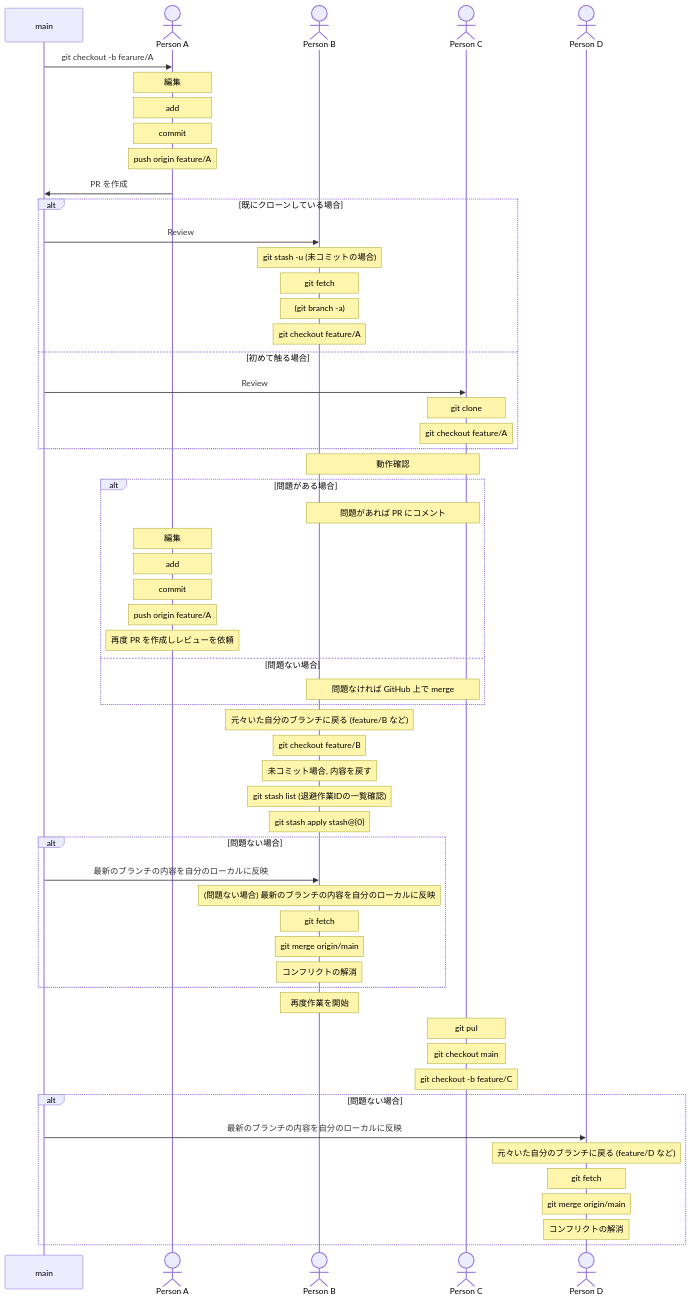
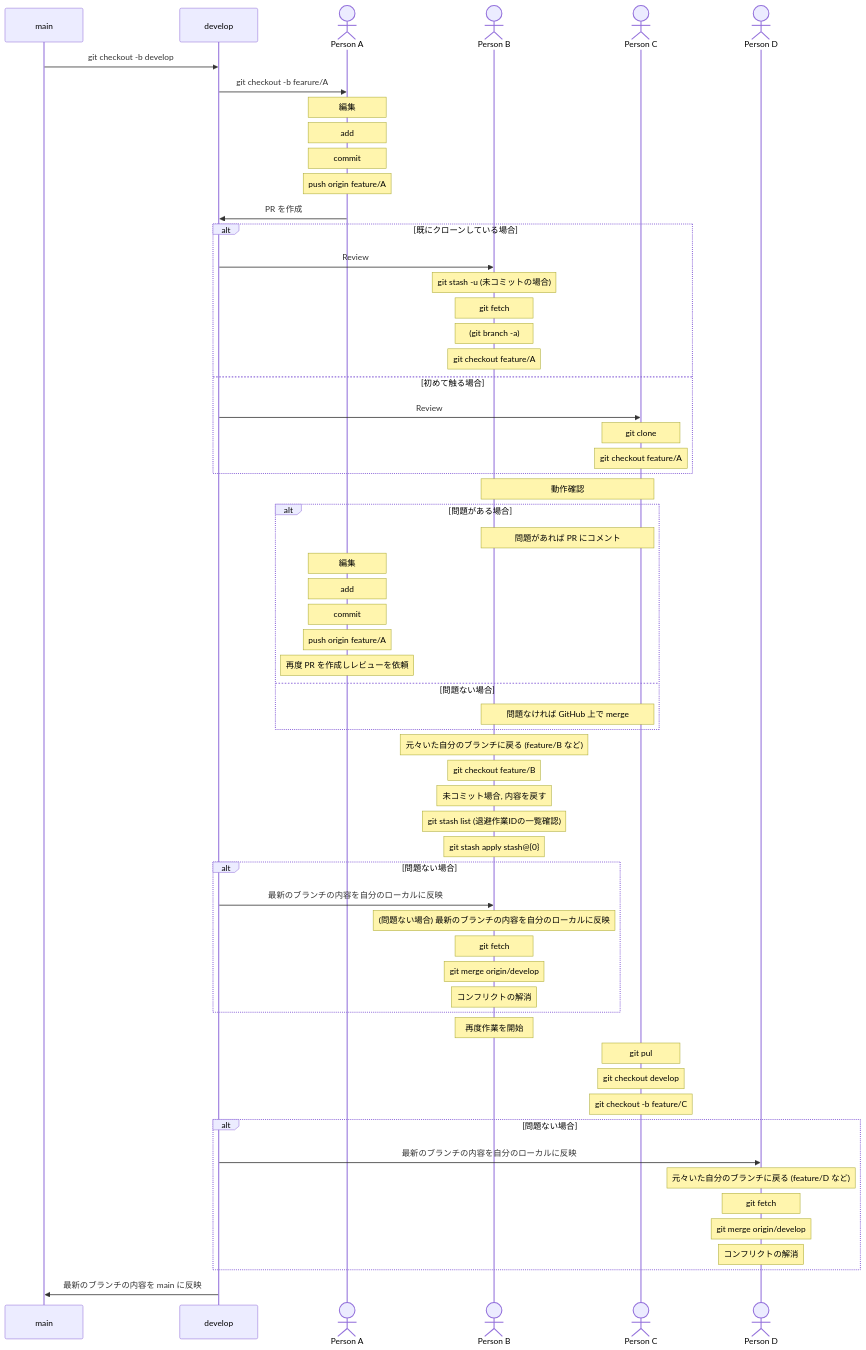
The diagram in github/team.md (nao-ao/TIL), drawn with Mermaid before and after one commit.

Commit message:
チーム開発フローの更新

````diff
--- a/github/team.md
+++ b/github/team.md
@@ -11,71 +11,75 @@
 ```mermaid
 sequenceDiagram
     participant main
+    participant develop
     actor Person A
     actor Person B
     actor Person C
     actor Person D
 
-    main ->> Person A : git checkout -b fearure/A
+    main ->> develop : git checkout -b develop
+    develop ->> Person A : git checkout -b fearure/A
 
     Note over Person A : 編集
     Note over Person A : add
     Note over Person A : commit
     Note over Person A : push origin feature/A
-    Person A ->> main : PR を作成
+    Person A ->> develop : PR を作成
 
 
     alt 既にクローンしている場合
-    main ->> Person B : Review
+    develop ->> Person B : Review
     Note over Person B : git stash -u (未コミットの場合)
     Note over Person B : git fetch
     Note over Person B : (git branch -a)
     Note over Person B : git checkout feature/A
     else 初めて触る場合
-    main ->> Person C : Review
+    develop ->> Person C : Review
     Note over Person C : git clone
     Note over Person C : git checkout feature/A
     end
 
     Note over Person B, Person C : 動作確認
 
     alt 問題がある場合
         Note over Person B, Person C : 問題があれば PR にコメント
         Note over Person A : 編集
         Note over Person A : add
         Note over Person A : commit
         Note over Person A : push origin feature/A
         Note over Person A : 再度 PR を作成しレビューを依頼
     else 問題ない場合
         Note over Person B, Person C : 問題なければ GitHub 上で merge
     end
 
     Note over Person B : 元々いた自分のブランチに戻る (feature/B など)
     Note over Person B : git checkout feature/B
     Note over Person B : 未コミット場合, 内容を戻す
     Note over Person B : git stash list (退避作業IDの一覧確認)
     Note over Person B : git stash apply stash@{0}  
 
     alt 問題ない場合
-        main ->> Person B : 最新のブランチの内容を自分のローカルに反映
+        develop ->> Person B : 最新のブランチの内容を自分のローカルに反映
         Note over Person B : (問題ない場合) 最新のブランチの内容を自分のローカルに反映
         Note over Person B : git fetch
-        Note over Person B : git merge origin/main
+        Note over Person B : git merge origin/develop
         Note over Person B : コンフリクトの解消
     end
 
     Note over Person B : 再度作業を開始
 
     Note over Person C : git pul;
-    Note over Person C : git checkout main
+    Note over Person C : git checkout develop
     Note over Person C : git checkout -b feature/C
 
     alt 問題ない場合
-        main ->> Person D : 最新のブランチの内容を自分のローカルに反映
+        develop ->> Person D : 最新のブランチの内容を自分のローカルに反映
         Note over Person D : 元々いた自分のブランチに戻る (feature/D など)
         Note over Person D : git fetch
-        Note over Person D : git merge origin/main
+        Note over Person D : git merge origin/develop
         Note over Person D : コンフリクトの解消
     end
 
+    develop ->> main : 最新のブランチの内容を main に反映
+
 ```
````
